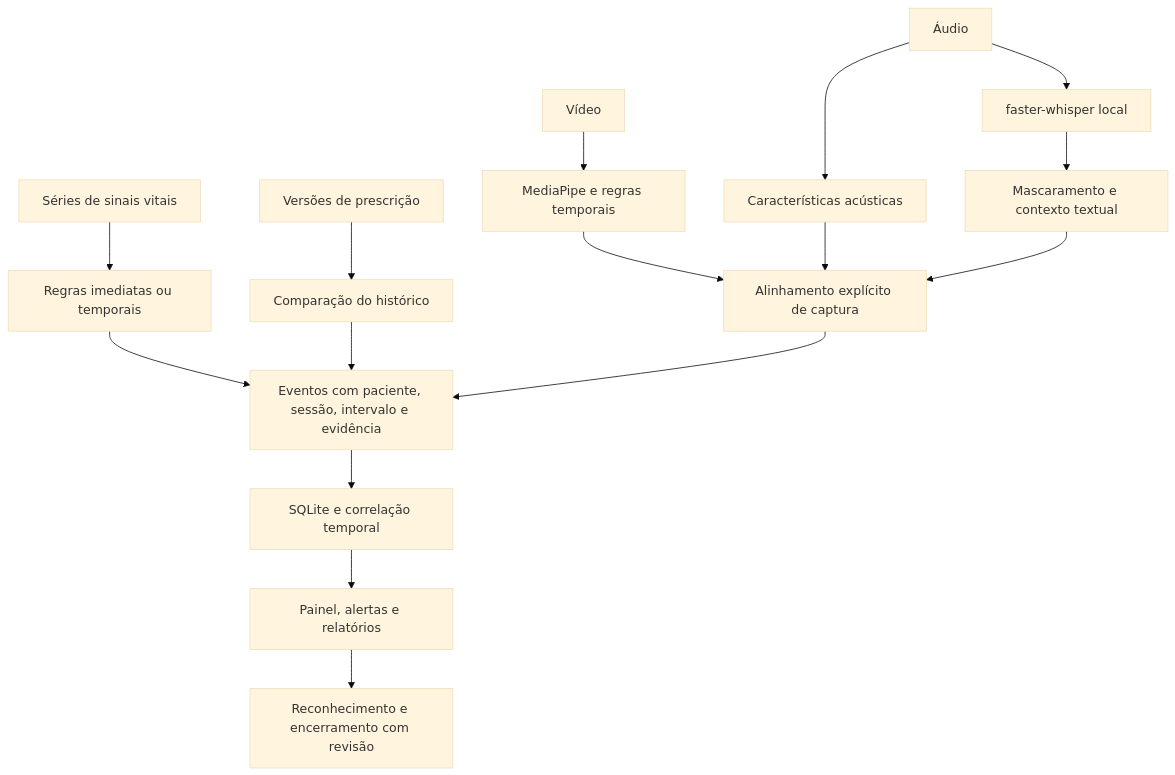
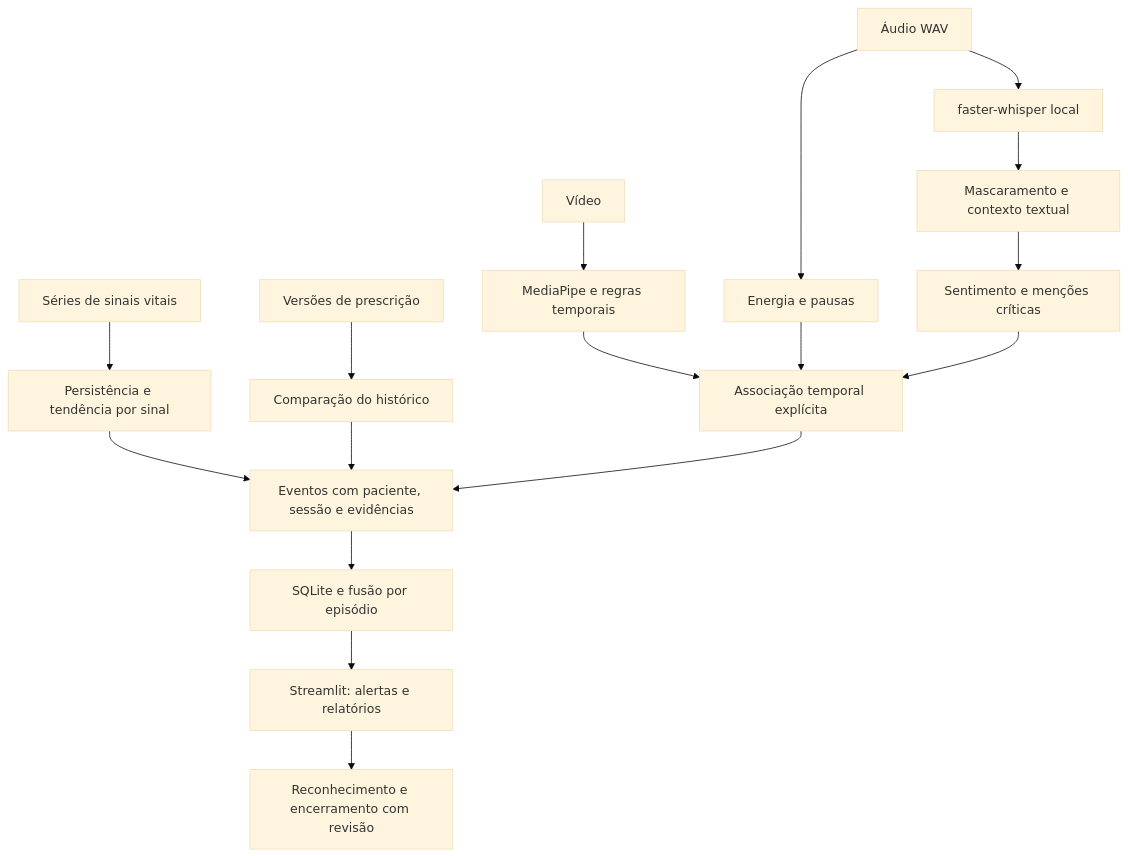
One commit to caiodesigner/challenge-fiap-fase-4 changed the diagram in docs/relatorio-tecnico.md. Above: the diagram before and after it, drawn with Mermaid (base theme). The commit also changed other lines of this file and 13 other files, not shown here.

````diff
--- a/docs/relatorio-tecnico.md
+++ b/docs/relatorio-tecnico.md
@@ -87,18 +50,19 @@
 ```mermaid
 flowchart TD
-    V[Séries de sinais vitais] --> VT[Regras imediatas ou temporais]
+    V[Séries de sinais vitais] --> VT[Persistência e tendência por sinal]
     P[Versões de prescrição] --> PR[Comparação do histórico]
     M[Vídeo] --> MP[MediaPipe e regras temporais]
-    A[Áudio] --> AC[Características acústicas]
+    A[Áudio WAV] --> AC[Energia e pausas]
     A --> WH[faster-whisper local]
     WH --> TX[Mascaramento e contexto textual]
-    VT --> EV[Eventos com paciente, sessão, intervalo e evidência]
+    TX --> SE[Sentimento e menções críticas]
+    MP --> AL[Associação temporal explícita]
+    AC --> AL
+    SE --> AL
+    VT --> EV[Eventos com paciente, sessão e evidências]
     PR --> EV
-    MP --> AL[Alinhamento explícito de captura]
-    AC --> AL
-    TX --> AL
     AL --> EV
-    EV --> DB[SQLite e correlação temporal]
-    DB --> UI[Painel, alertas e relatórios]
+    EV --> DB[SQLite e fusão por episódio]
+    DB --> UI[Streamlit: alertas e relatórios]
     UI --> RV[Reconhecimento e encerramento com revisão]
 ```
````
